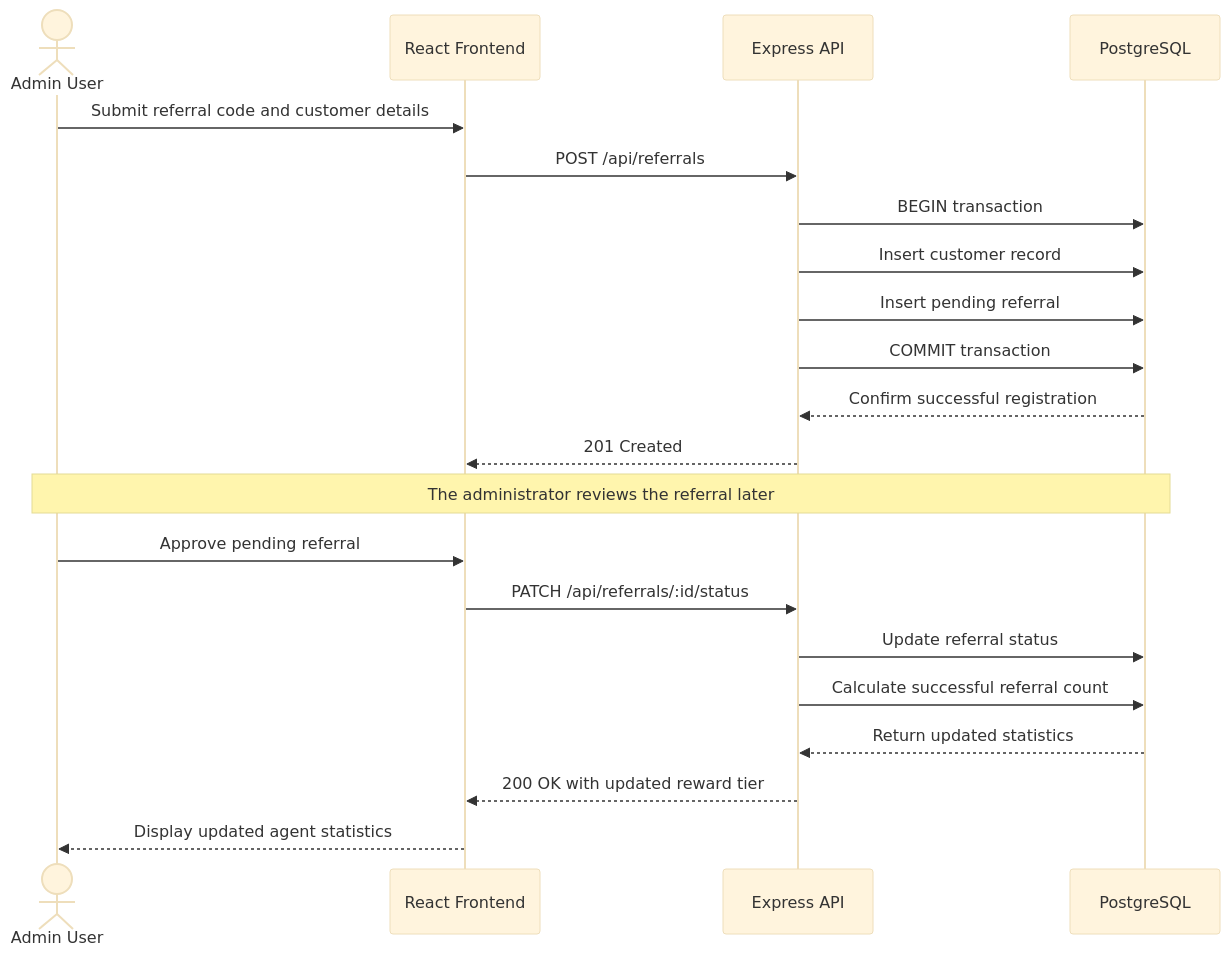
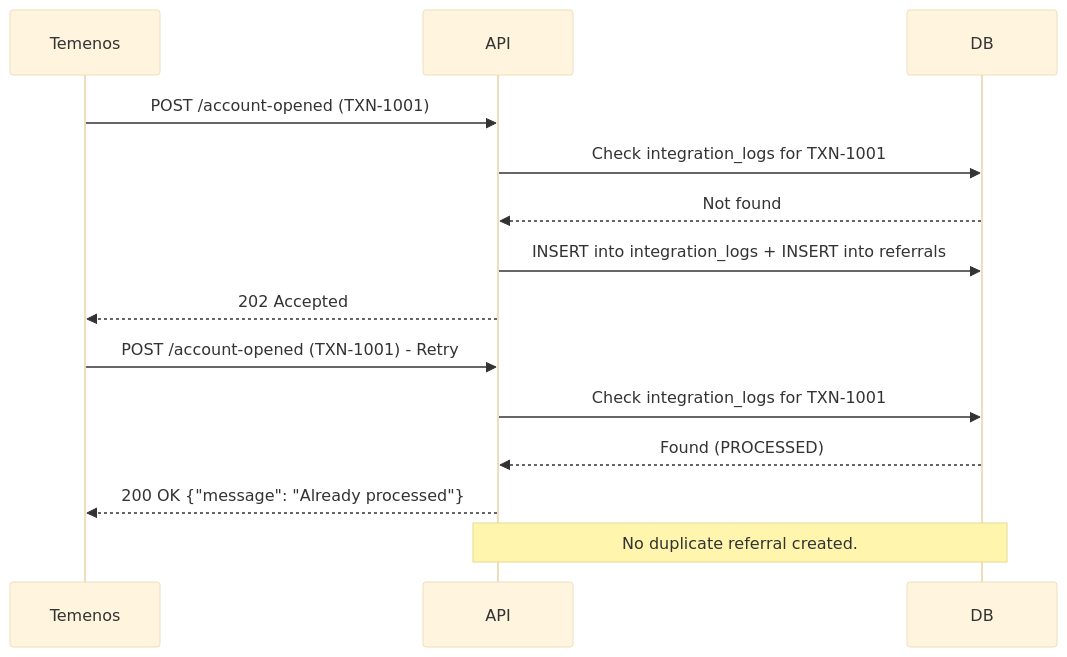
The third of 3 diagrams in README.md (feysal-jeylan/nib-referral-system), drawn with Mermaid (base theme) before and after one commit. The commit also changed other lines of this file, not shown here.

Commit message:
docs: update README for V2 event-driven architecture

````diff
--- a/README.md
+++ b/README.md
@@ -92,26 +118,19 @@
 ```mermaid
 sequenceDiagram
-    actor Admin as Admin User
-    participant React as React Frontend
-    participant API as Express API
-    participant DB as PostgreSQL
+    participant Temenos
+    participant API
+    participant DB
 
-    Admin->>React: Submit referral code and customer details
-    React->>API: POST /api/referrals
-    API->>DB: BEGIN transaction
-    API->>DB: Insert customer record
-    API->>DB: Insert pending referral
-    API->>DB: COMMIT transaction
-    DB-->>API: Confirm successful registration
-    API-->>React: 201 Created
+    Temenos->>API: POST /account-opened (TXN-1001)
+    API->>DB: Check integration_logs for TXN-1001
+    DB-->>API: Not found
+    API->>DB: INSERT into integration_logs + INSERT into referrals
+    API-->>Temenos: 202 Accepted
 
-    Note over Admin,DB: The administrator reviews the referral later
+    Temenos->>API: POST /account-opened (TXN-1001) - Retry
+    API->>DB: Check integration_logs for TXN-1001
+    DB-->>API: Found (PROCESSED)
+    API-->>Temenos: 200 OK {"message": "Already processed"}
 
-    Admin->>React: Approve pending referral
-    React->>API: PATCH /api/referrals/:id/status
-    API->>DB: Update referral status
-    API->>DB: Calculate successful referral count
-    DB-->>API: Return updated statistics
-    API-->>React: 200 OK with updated reward tier
-    React-->>Admin: Display updated agent statistics
+    Note over API,DB: No duplicate referral created.
 ```
````
